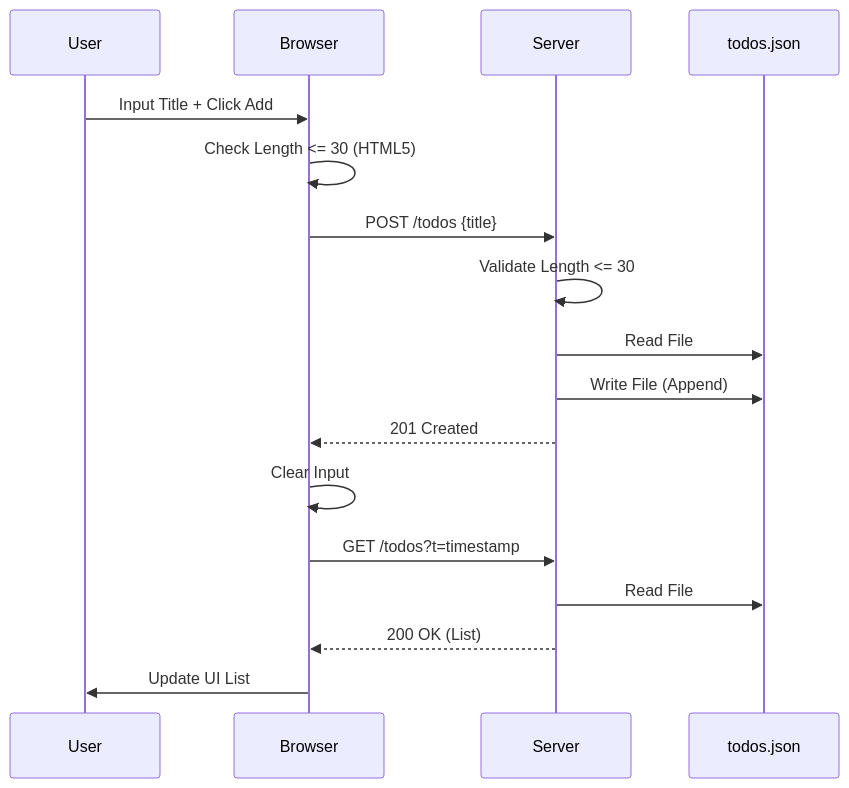
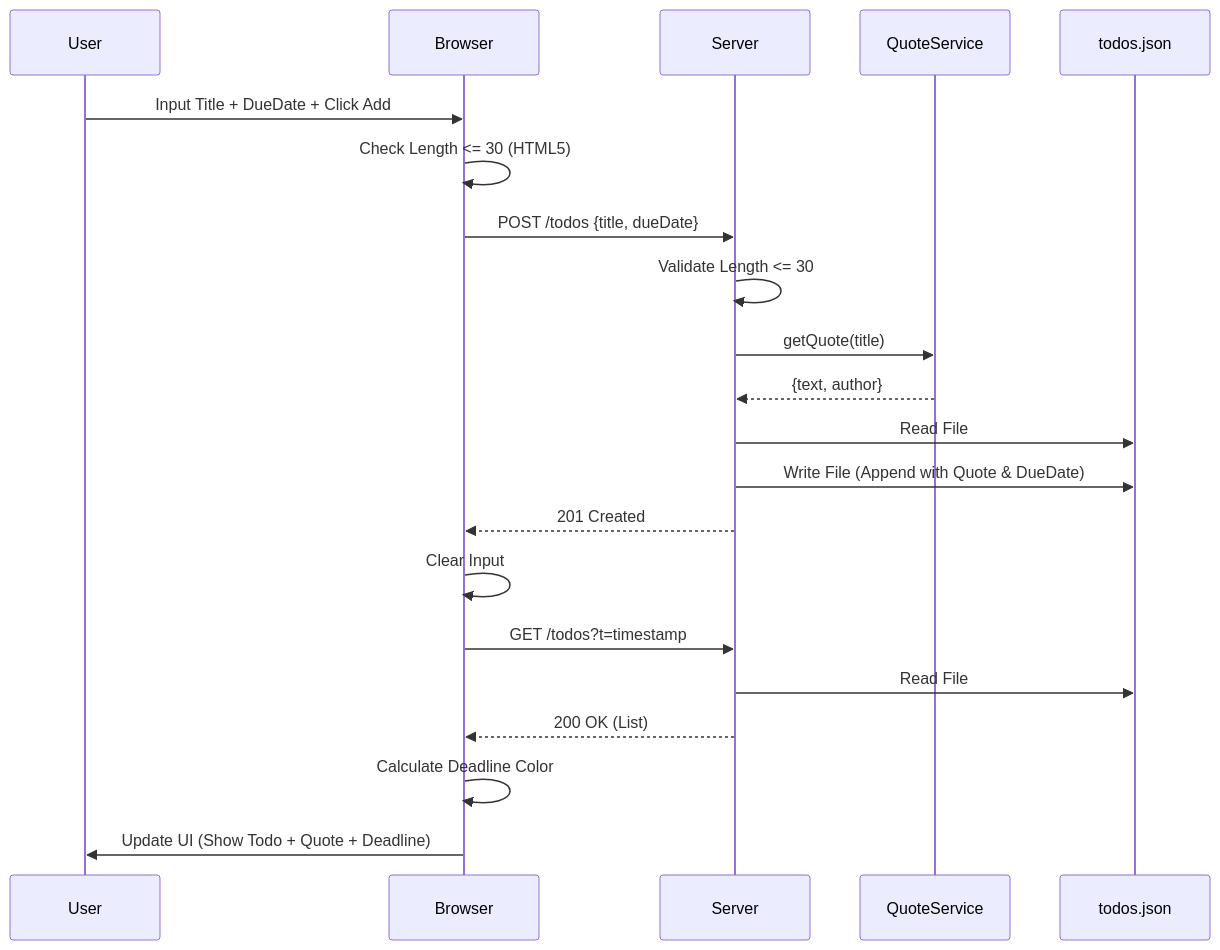
Before and after one commit to n-hng/20251122-hands-on: the second of 3 diagrams in docs/arch/architecture_design.md, drawn with Mermaid. The commit also changed other lines of this file and 9 other files, not shown here.

````diff
--- a/docs/arch/architecture_design.md
+++ b/docs/arch/architecture_design.md
@@ -39,20 +42,24 @@
 ```mermaid
 sequenceDiagram
     participant U as User
     participant B as Browser
     participant S as Server
+    participant Q as QuoteService
     participant DB as todos.json
 
-    U->>B: Input Title + Click Add
+    U->>B: Input Title + DueDate + Click Add
     B->>B: Check Length <= 30 (HTML5)
-    B->>S: POST /todos {title}
+    B->>S: POST /todos {title, dueDate}
     S->>S: Validate Length <= 30
+    S->>Q: getQuote(title)
+    Q-->>S: {text, author}
     S->>DB: Read File
-    S->>DB: Write File (Append)
+    S->>DB: Write File (Append with Quote & DueDate)
     S-->>B: 201 Created
     B->>B: Clear Input
     B->>S: GET /todos?t=timestamp
     S->>DB: Read File
     S-->>B: 200 OK (List)
-    B->>U: Update UI List
+    B->>B: Calculate Deadline Color
+    B->>U: Update UI (Show Todo + Quote + Deadline)
 ```
````
